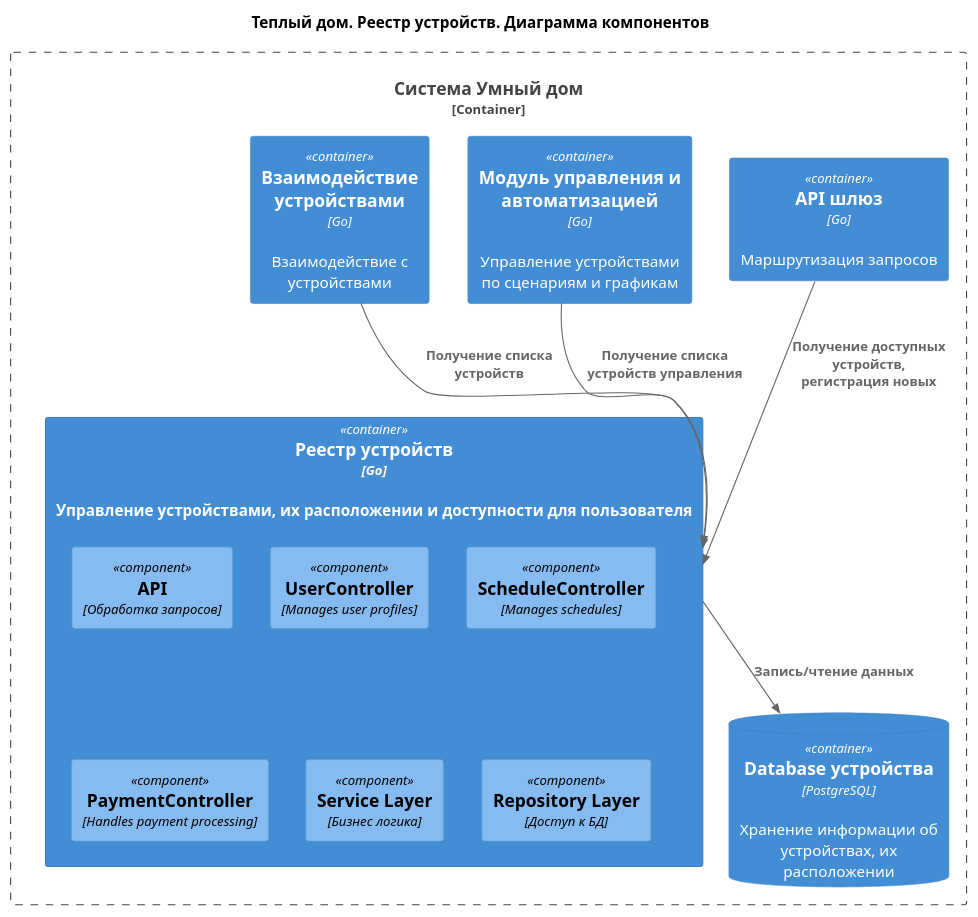
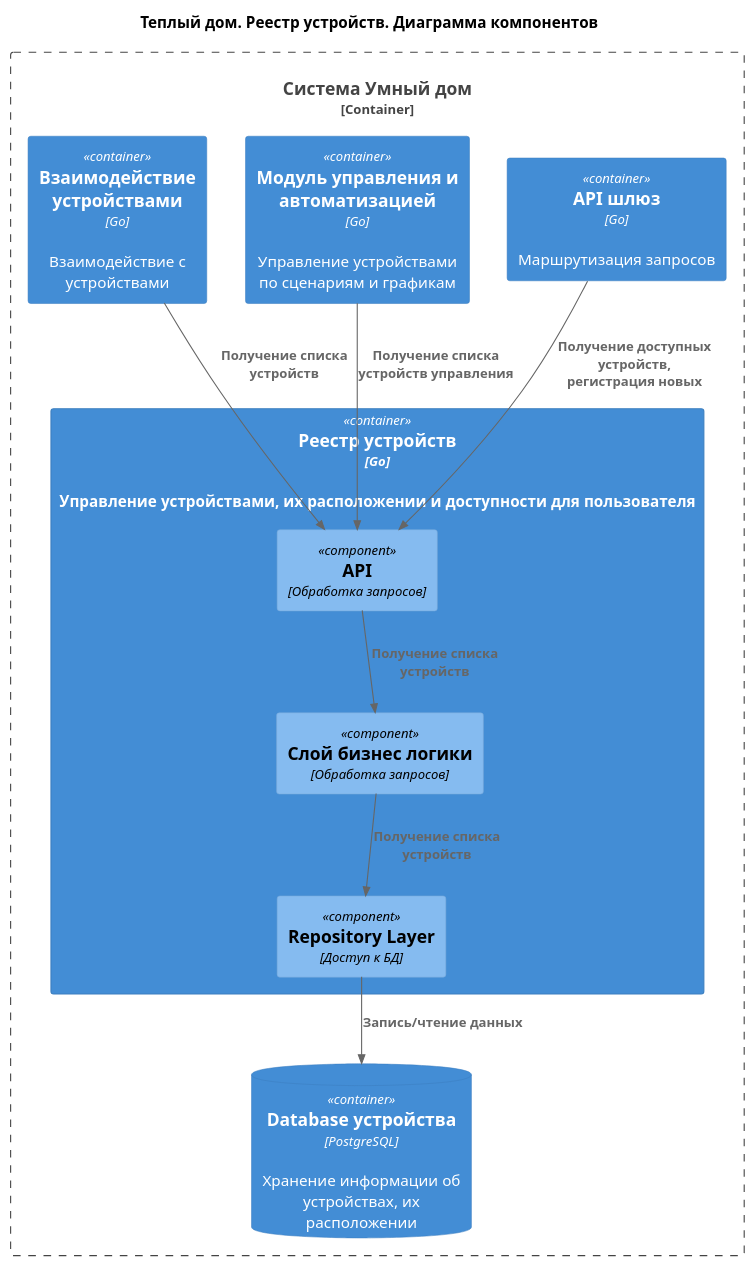
One commit to binaril/architecture-warmhouse changed the diagram in diagrams/C4.Component.DeviceRepository.puml. Above: the diagram before and after it, drawn with PlantUML. The commit also changed 7 other files, not shown here.

```diff
--- a/diagrams/C4.Component.DeviceRepository.puml
+++ b/diagrams/C4.Component.DeviceRepository.puml
@@ -1,30 +1,29 @@
 @startuml
 title Теплый дом. Реестр устройств. Диаграмма компонентов
 
 top to bottom direction
 
 !includeurl https://raw.githubusercontent.com/RicardoNiepel/C4-PlantUML/master/C4_Component.puml
 
 
 Container_Boundary(SmartHouse, "Система Умный дом") {
   Container(GateWay, "API шлюз", "Go", "Маршрутизация запросов")
   Container(DeviceRepository, "Реестр устройств", "Go", "Управление устройствами, их расположении и доступности для пользователя")
   ContainerDb(DeviceRepositoryDb, "Database устройства", "PostgreSQL", "Хранение информации об устройствах, их расположении")
   Container(Automatic, "Модуль управления и автоматизацией", "Go", "Управление устройствами по сценариям и графикам")
   Container(DeviceControl, "Взаимодействие устройствами", "Go", "Взаимодействие с устройствами")   
 }
 
 Container(DeviceRepository, "Реестр устройств", "Go") {
-  Component(ApiHandler, "API", "Обработка запросов")
-  Component(PollingCircle, "UserController", "Manages user profiles")
-  Component(ScheduleController, "ScheduleController", "Manages schedules")
-  Component(PaymentController, "PaymentController", "Handles payment processing")
-  Component(Aggragator, "Service Layer", "Бизнес логика")
+  Component(DeviceController, "API", "Обработка запросов")
+  Component(ServiceLayer, "Слой бизнес логики", "Обработка запросов")
   Component(RepositoryLayer, "Repository Layer", "Доступ к БД")
 }
 
-Rel(GateWay, DeviceRepository, "Получение доступных устройств, регистрация новых")
-Rel(Automatic, DeviceRepository, "Получение списка устройств управления")
-Rel(DeviceControl, DeviceRepository, "Получение списка устройств")
-Rel(DeviceRepository, DeviceRepositoryDb, "Запись/чтение данных")
+Rel(GateWay, DeviceController, "Получение доступных устройств, регистрация новых")
+Rel(Automatic, DeviceController, "Получение списка устройств управления")
+Rel(DeviceControl, DeviceController, "Получение списка устройств")
+Rel(DeviceController, ServiceLayer, "Получение списка устройств")
+Rel(ServiceLayer, RepositoryLayer, "Получение списка устройств")
+Rel(RepositoryLayer, DeviceRepositoryDb, "Запись/чтение данных")
 @enduml
```
